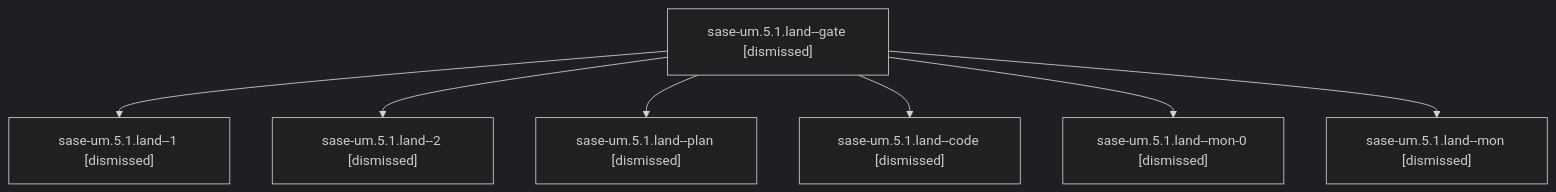
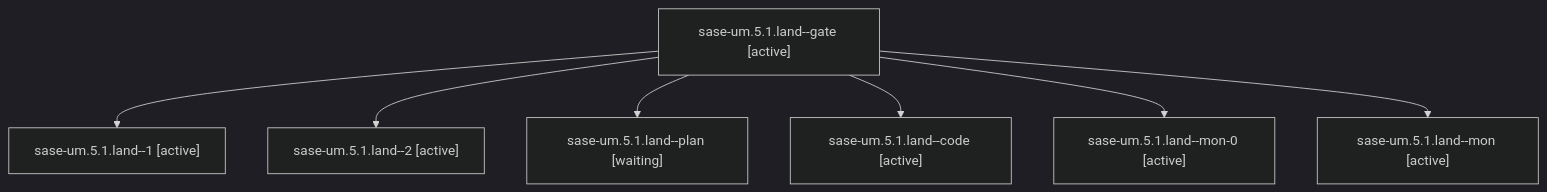
Before and after one commit to sase-org/sase--agents: the diagram in families/bbugyi200.athena.sase-um.5.1.land.md, drawn with Mermaid (dark theme). The commit also changed other lines of this file and 35830 other files, not shown here.

````diff
--- a/families/bbugyi200.athena.sase-um.5.1.land.md
+++ b/families/bbugyi200.athena.sase-um.5.1.land.md
@@ -9,16 +9,16 @@
 ```mermaid
 flowchart TD
-  n0["sase-um.5.1.land--gate [dismissed]"]
-  n1["sase-um.5.1.land--1 [dismissed]"]
+  n0["sase-um.5.1.land--gate [active]"]
+  n1["sase-um.5.1.land--1 [active]"]
   n0 --> n1
-  n2["sase-um.5.1.land--2 [dismissed]"]
+  n2["sase-um.5.1.land--2 [active]"]
   n0 --> n2
-  n3["sase-um.5.1.land--plan [dismissed]"]
+  n3["sase-um.5.1.land--plan [waiting]"]
   n0 --> n3
-  n4["sase-um.5.1.land--code [dismissed]"]
+  n4["sase-um.5.1.land--code [active]"]
   n0 --> n4
-  n5["sase-um.5.1.land--mon-0 [dismissed]"]
+  n5["sase-um.5.1.land--mon-0 [active]"]
   n0 --> n5
-  n6["sase-um.5.1.land--mon [dismissed]"]
+  n6["sase-um.5.1.land--mon [active]"]
   n0 --> n6
 ```
````
